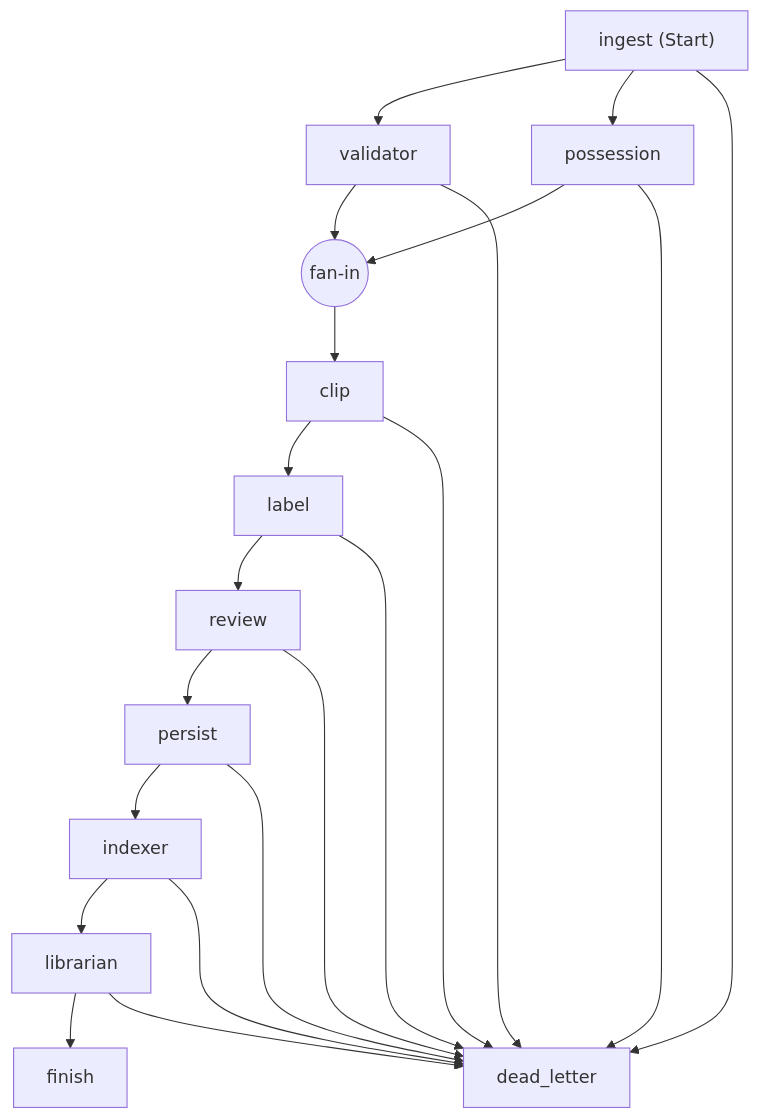
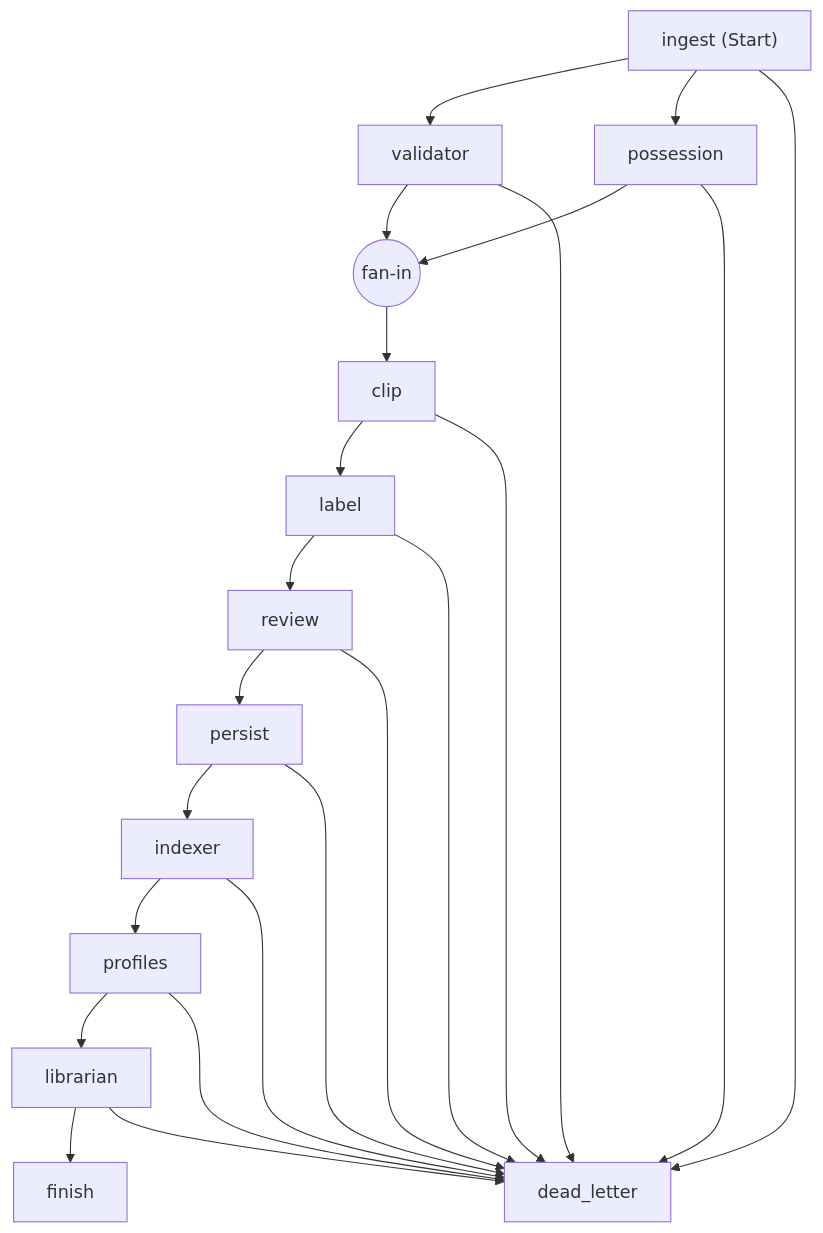
The second of 2 diagrams in docs/workflow.md (Qadzilla/Regista), drawn with Mermaid before and after one commit. The commit also changed other lines of this file and 17 other files, not shown here.

````diff
--- a/docs/workflow.md
+++ b/docs/workflow.md
@@ -41,35 +44,38 @@
 ```mermaid
 flowchart TD
   ingest["ingest (Start)"];
   validator["validator"];
   possession["possession"];
   clip["clip"];
   label["label"];
   review["review"];
   persist["persist"];
   indexer["indexer"];
+  profiles["profiles"];
   librarian["librarian"];
   finish["finish"];
   dead_letter["dead_letter"];
   fan_in__clip__c9c283db((fan-in))
   possession --> fan_in__clip__c9c283db;
   validator --> fan_in__clip__c9c283db;
   fan_in__clip__c9c283db --> clip;
   ingest --> validator;
   ingest --> possession;
   clip --> label;
   label --> review;
   review --> persist;
   persist --> indexer;
-  indexer --> librarian;
+  indexer --> profiles;
+  profiles --> librarian;
   librarian --> finish;
   ingest --> dead_letter;
   validator --> dead_letter;
   possession --> dead_letter;
   clip --> dead_letter;
   label --> dead_letter;
   persist --> dead_letter;
   indexer --> dead_letter;
   librarian --> dead_letter;
   review --> dead_letter;
+  profiles --> dead_letter;
 ```
````
